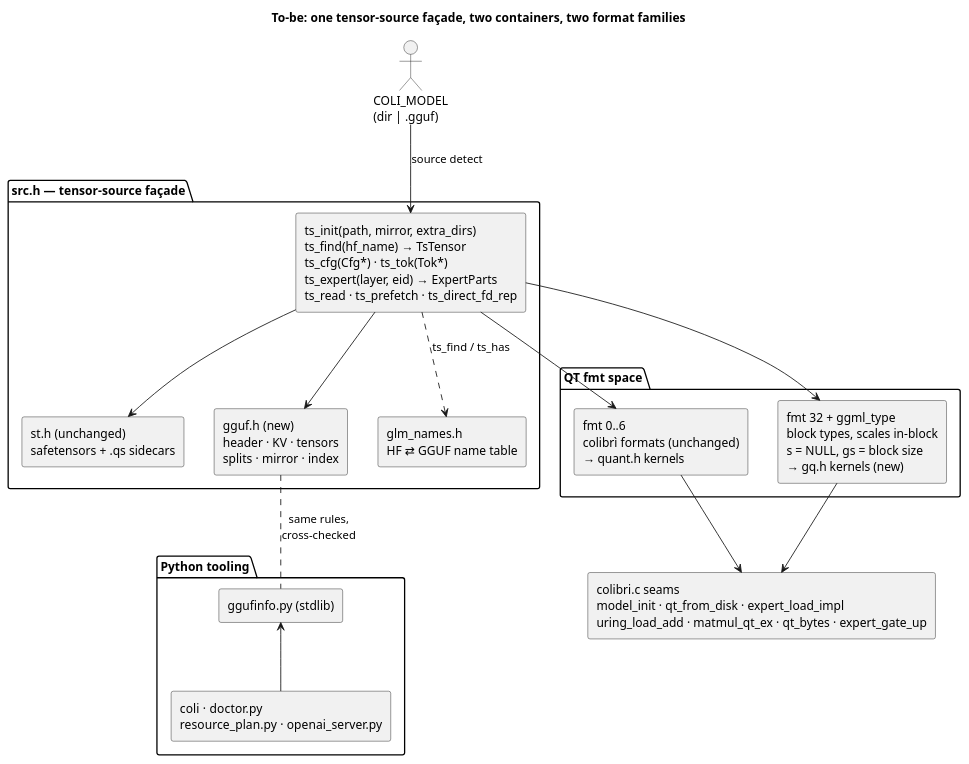
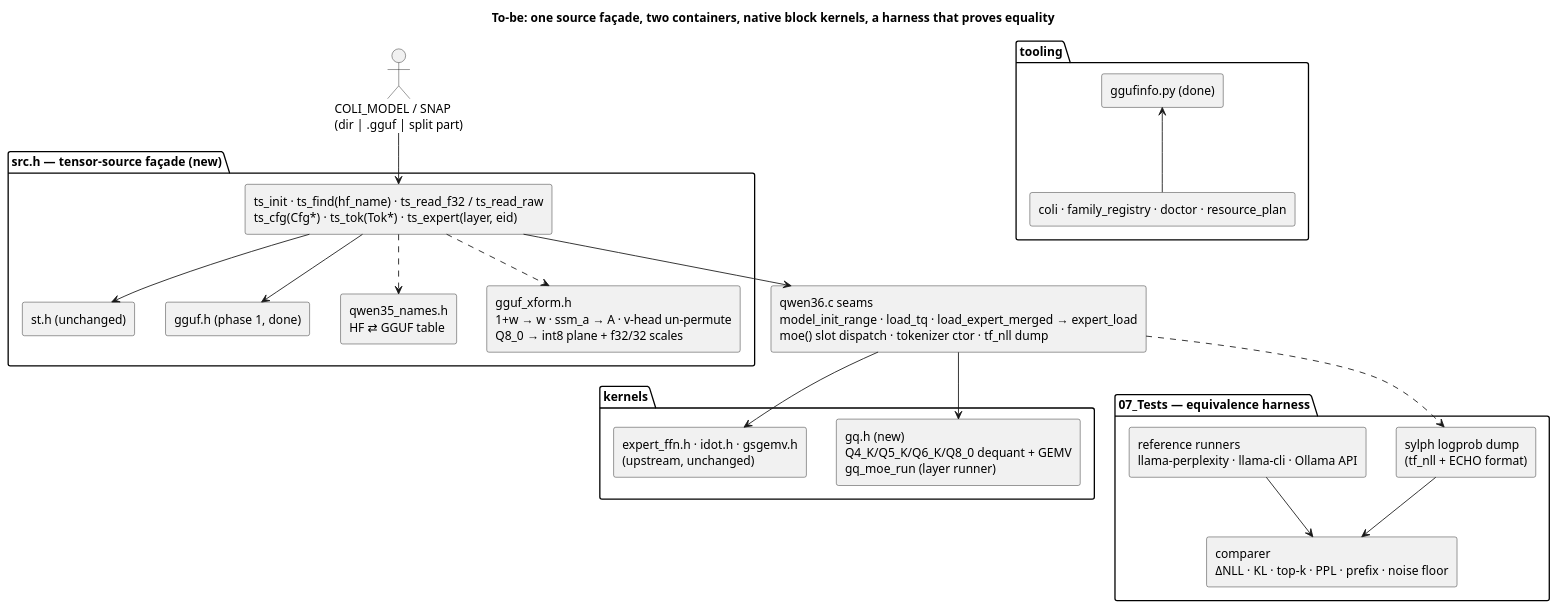
The second of 4 diagrams in 03_Architecture/gguf-architecture.md (kreuzzelg/sylph), drawn with PlantUML before and after one commit. The commit also changed other lines of this file and 10 other files, not shown here.

First line of the commit message:
docs: v2 specification and architecture for Qwen3.6 + Ollama equivalence

````diff
--- a/03_Architecture/gguf-architecture.md
+++ b/03_Architecture/gguf-architecture.md
@@ -73,32 +89,40 @@
 ```plantuml
 @startuml
-title To-be: one tensor-source façade, two containers, two format families
+title To-be: one source façade, two containers, native block kernels, a harness that proves equality
 skinparam componentStyle rectangle
-actor "COLI_MODEL\n(dir | .gguf)" as path
-package "src.h — tensor-source façade" as src {
-  component "ts_init(path, mirror, extra_dirs)\nts_find(hf_name) → TsTensor\nts_cfg(Cfg*) · ts_tok(Tok*)\nts_expert(layer, eid) → ExpertParts\nts_read · ts_prefetch · ts_direct_fd_rep" as api
-  component "st.h (unchanged)\nsafetensors + .qs sidecars" as st
-  component "gguf.h (new)\nheader · KV · tensors\nsplits · mirror · index" as gg
-  component "glm_names.h\nHF ⇄ GGUF name table" as names
+actor "COLI_MODEL / SNAP\n(dir | .gguf | split part)" as path
+package "src.h — tensor-source façade (new)" as src {
+  component "ts_init · ts_find(hf_name) · ts_read_f32 / ts_read_raw\nts_cfg(Cfg*) · ts_tok(Tok*) · ts_expert(layer, eid)" as api
+  component "st.h (unchanged)" as st
+  component "gguf.h (phase 1, done)" as gg
+  component "qwen35_names.h\nHF ⇄ GGUF table" as names
+  component "gguf_xform.h\n1+w → w · ssm_a → A · v-head un-permute\nQ8_0 → int8 plane + f32/32 scales" as xf
   api --> st
   api --> gg
-  api ..> names : ts_find / ts_has
+  api ..> names
+  api ..> xf
 }
-path --> api : source detect
-package "QT fmt space" as fmts {
-  component "fmt 0..6\ncolibrì formats (unchanged)\n→ quant.h kernels" as f06
-  component "fmt 32 + ggml_type\nblock types, scales in-block\ns = NULL, gs = block size\n→ gq.h kernels (new)" as fgg
+path --> api
+package "kernels" as k {
+  component "gq.h (new)\nQ4_K/Q5_K/Q6_K/Q8_0 dequant + GEMV\ngq_moe_run (layer runner)" as gq
+  component "expert_ffn.h · idot.h · gsgemv.h\n(upstream, unchanged)" as up
 }
-api --> f06
-api --> fgg
-component "colibri.c seams\nmodel_init · qt_from_disk · expert_load_impl\nuring_load_add · matmul_qt_ex · qt_bytes · expert_gate_up" as seams
-f06 --> seams
-fgg --> seams
-package "Python tooling" as py {
-  component "ggufinfo.py (stdlib)" as gi
-  component "coli · doctor.py\nresource_plan.py · openai_server.py" as tools
+component "qwen36.c seams\nmodel_init_range · load_tq · load_expert_merged → expert_load\nmoe() slot dispatch · tokenizer ctor · tf_nll dump" as seams
+api --> seams
+seams --> gq
+seams --> up
+package "tooling" as py {
+  component "ggufinfo.py (done)" as gi
+  component "coli · family_registry · doctor · resource_plan" as tools
   gi <-- tools
 }
-gg .. gi : same rules,\ncross-checked
+package "07_Tests — equivalence harness" as h {
+  component "sylph logprob dump\n(tf_nll + ECHO format)" as d
+  component "reference runners\nllama-perplexity · llama-cli · Ollama API" as r
+  component "comparer\nΔNLL · KL · top-k · PPL · prefix · noise floor" as c
+  d --> c
+  r --> c
+}
+seams ..> d
 @enduml
 ```
````
